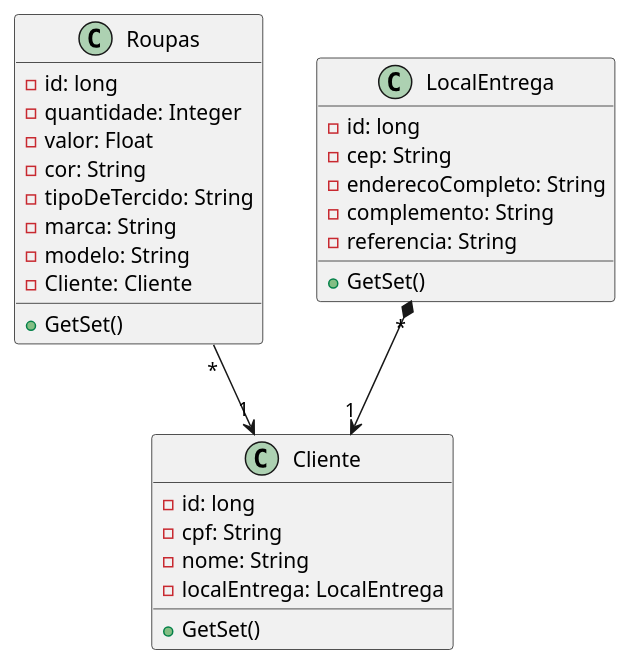
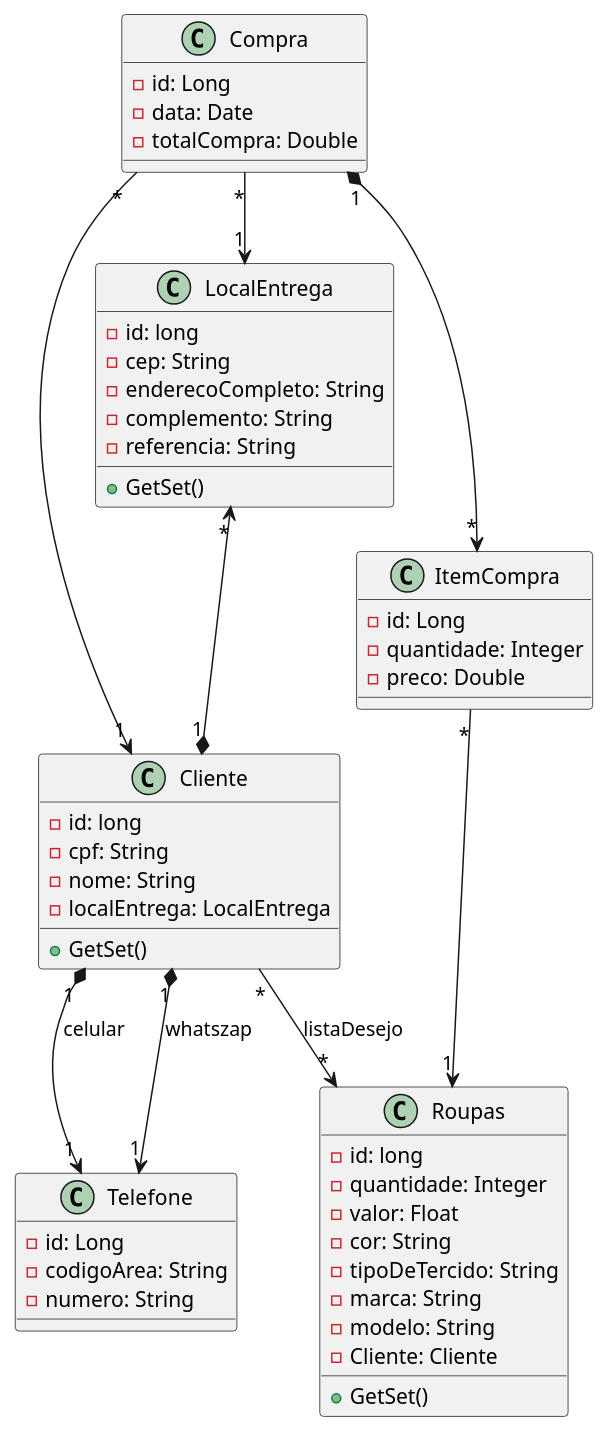
One commit to Jeezyel/topicos1 changed the diagram in src/main/java/br/unitins/UML.wsd. Above: the diagram before and after it, drawn with PlantUML.

Commit message:
finalizando a UML da ultima atividade

```diff
--- a/src/main/java/br/unitins/UML.wsd
+++ b/src/main/java/br/unitins/UML.wsd
@@ -1,40 +1,62 @@
 @startuml UML
 
 class Roupas{
     - id: long
     - quantidade: Integer
     - valor: Float
     - cor: String
     - tipoDeTercido: String
     - marca: String
     - modelo: String
     - Cliente: Cliente
 
     + GetSet()
 
 
 }
 class Cliente{
     -id: long
     - cpf: String
     - nome: String
     - localEntrega: LocalEntrega
 
     + GetSet()
 }
 
 class LocalEntrega{
     - id: long
     - cep: String
     - enderecoCompleto: String
     - complemento: String
     - referencia: String
 
     + GetSet()
 }
+class ItemCompra {
+    - id: Long
+    - quantidade: Integer
+    - preco: Double
+}
+class Compra {
+    - id: Long
+    - data: Date
+    - totalCompra: Double
+}
+class Telefone {
+    - id: Long
+    - codigoArea: String
+    - numero: String
+}
+    LocalEntrega "*" <--*"1" Cliente
 
-Roupas "*" --> "1" Cliente
-LocalEntrega "*" *-->"1" Cliente
+    Cliente "*" --> "*" Roupas: listaDesejo
 
+    Compra "1" *--> "*" ItemCompra
+    Compra "*" --> "1" Cliente
+    Compra "*"  --> "1" LocalEntrega
 
+    ItemCompra "*" --> "1" Roupas
+
+    Cliente "1" *--> "1" Telefone: celular
+    Cliente "1" *--> "1" Telefone: whatszap
 @enduml
```
